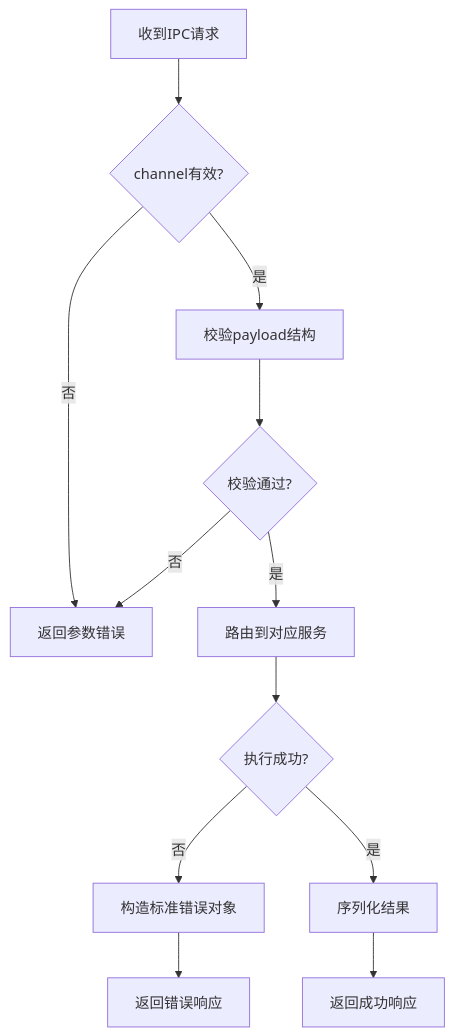
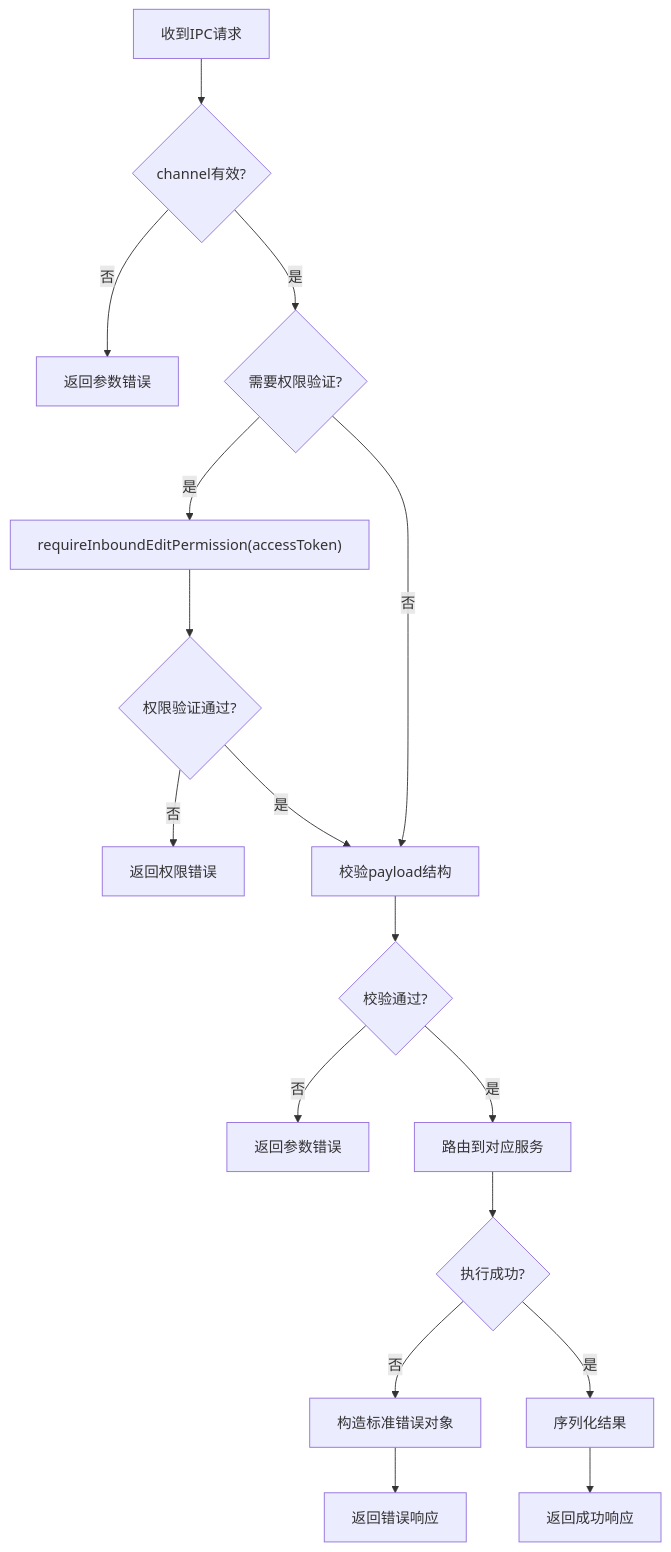
The third of 8 diagrams in .qoder/repowiki/zh/content/系统架构/IPC通信机制.md (iljahofbauer219-lang/yandu), drawn with Mermaid before and after one commit. The commit also changed other lines of this file and 153 other files, not shown here.

````diff
--- a/.qoder/repowiki/zh/content/系统架构/IPC通信机制.md
+++ b/.qoder/repowiki/zh/content/系统架构/IPC通信机制.md
@@ -109,14 +115,19 @@
 ```mermaid
 flowchart TD
 A["收到IPC请求"] --> B{"channel有效?"}
 B --> |否| E["返回参数错误"]
-B --> |是| C["校验payload结构"]
-C --> D{"校验通过?"}
-D --> |否| E["返回参数错误"]
-D --> |是| F["路由到对应服务"]
-F --> G{"执行成功?"}
-G --> |否| H["构造标准错误对象"]
-G --> |是| I["序列化结果"]
-H --> J["返回错误响应"]
-I --> K["返回成功响应"]
+B --> |是| C{"需要权限验证?"}
+C --> |是| D["requireInboundEditPermission(accessToken)"]
+D --> F{"权限验证通过?"}
+F --> |否| G["返回权限错误"]
+F --> |是| H["校验payload结构"]
+C --> |否| H["校验payload结构"]
+H --> I{"校验通过?"}
+I --> |否| J["返回参数错误"]
+I --> |是| K["路由到对应服务"]
+K --> L{"执行成功?"}
+L --> |否| M["构造标准错误对象"]
+L --> |是| N["序列化结果"]
+M --> O["返回错误响应"]
+N --> P["返回成功响应"]
 ```
````
